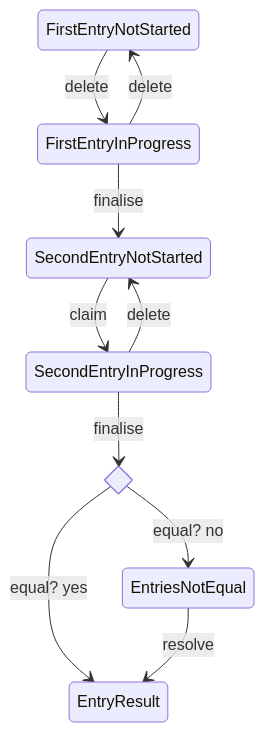
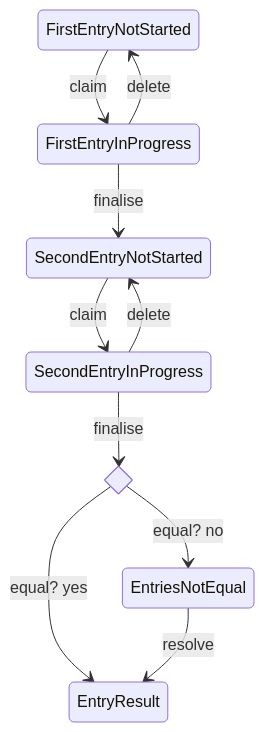
The diagram in documentatie/flowcharts/data-entry-state.md (kiesraad/abacus), drawn with Mermaid before and after one commit.

Commit message:
Fixed wrong transition in doc

````diff
--- a/documentatie/flowcharts/data-entry-state.md
+++ b/documentatie/flowcharts/data-entry-state.md
@@ -7,17 +7,17 @@
 ```mermaid
 stateDiagram
-FirstEntryNotStarted --> FirstEntryInProgress: delete
+FirstEntryNotStarted --> FirstEntryInProgress: claim
 #FirstEntryInProgress --> FirstEntryInProgress: save
 FirstEntryInProgress --> SecondEntryNotStarted: finalise
 FirstEntryInProgress --> FirstEntryNotStarted: delete
 SecondEntryNotStarted --> SecondEntryInProgress: claim
 #SecondEntryInProgress --> SecondEntryInProgress: save
 state is_equal <<choice>>
 is_equal --> EntryResult: equal? yes
 is_equal --> EntriesNotEqual: equal? no
 SecondEntryInProgress --> is_equal: finalise
 SecondEntryInProgress --> SecondEntryNotStarted: delete
 #EntriesNotEqual --> EntriesNotEqual: save
 # Will be Implemented in #130: EntriesNotEqual --> NotStarted: delete
 EntriesNotEqual --> EntryResult: resolve
 ```
````
